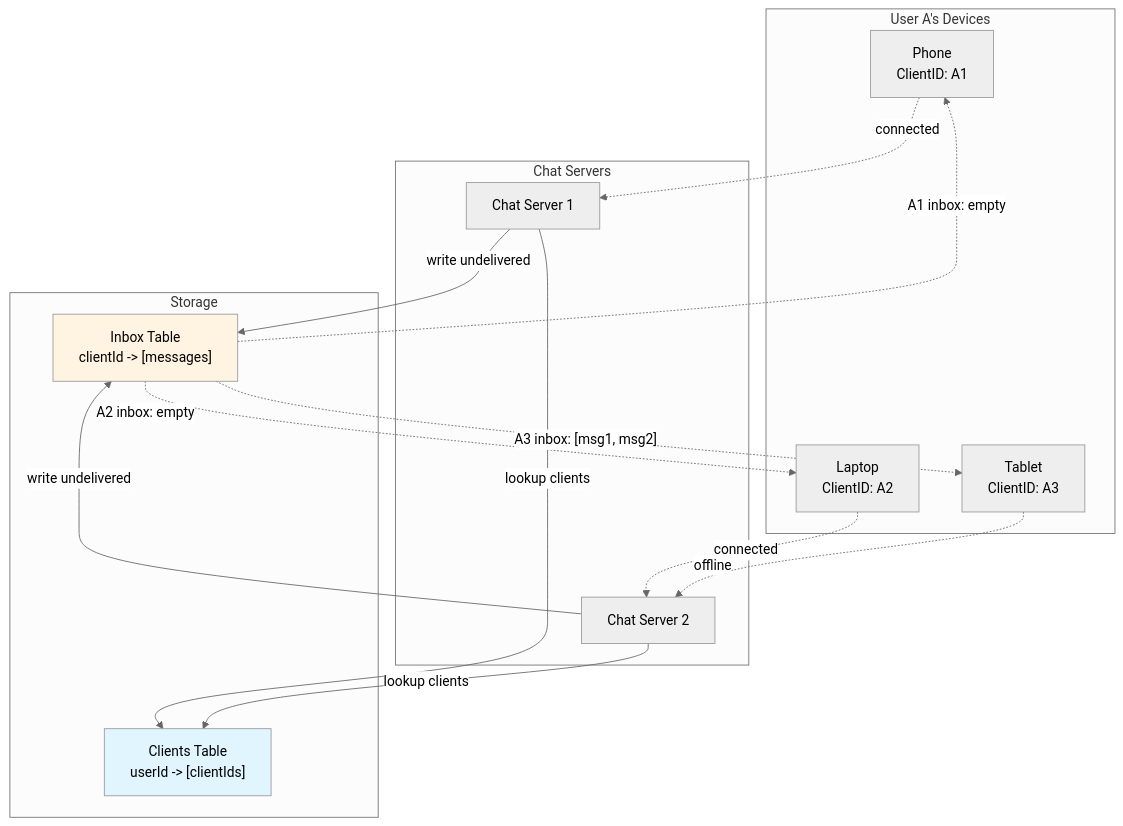
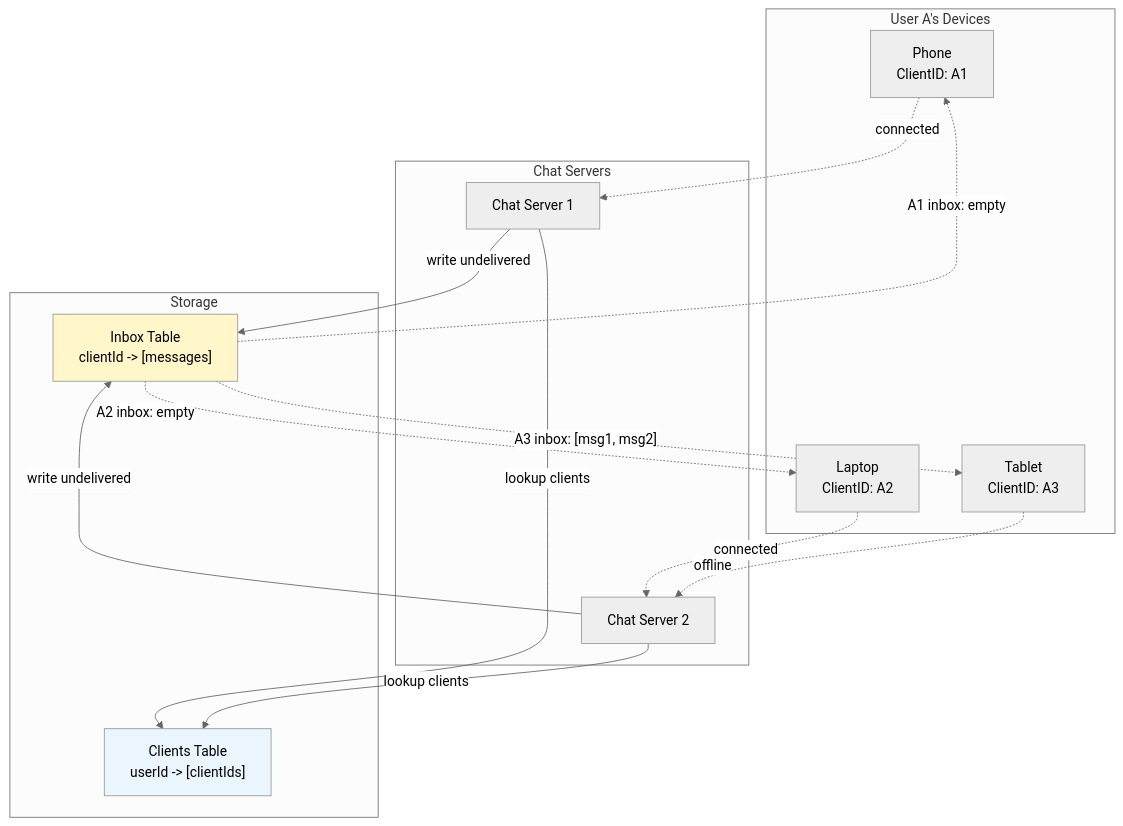
Diagram 17 of 22 in LLD/questions/Design Whatsapp.md (cartmancodes/InterviewVault), drawn with Mermaid (neutral theme) before and after one commit. The commit also changed other lines of this file and 679 other files, not shown here.

Commit message:
Unify content diagrams and add accessible visual walkthroughs

````diff
--- a/LLD/questions/Design Whatsapp.md
+++ b/LLD/questions/Design Whatsapp.md
@@ -918,35 +918,35 @@
 ```mermaid
 graph TB
     subgraph "User A's Devices"
         P[Phone<br/>ClientID: A1]
         L[Laptop<br/>ClientID: A2]
         T[Tablet<br/>ClientID: A3]
     end
     
     subgraph "Chat Servers"
         CS1[Chat Server 1]
         CS2[Chat Server 2]
     end
     
     subgraph "Storage"
         CT["Clients Table<br/>userId -> [clientIds]"]
         IT["Inbox Table<br/>clientId -> [messages]"]
     end
     
     P -.->|connected| CS1
     L -.->|connected| CS2
     T -.->|offline| CS2
     
     CS1 -->|lookup clients| CT
     CS2 -->|lookup clients| CT
     
     CS1 -->|write undelivered| IT
     CS2 -->|write undelivered| IT
     
     IT -.->|A1 inbox: empty| P
     IT -.->|A2 inbox: empty| L
     IT -.->|"A3 inbox: [msg1, msg2]"| T
     
-    style CT fill:#e1f5ff
-    style IT fill:#fff4e1
+    style CT fill:#EAF5FD
+    style IT fill:#FFF6C9
 ```
````
